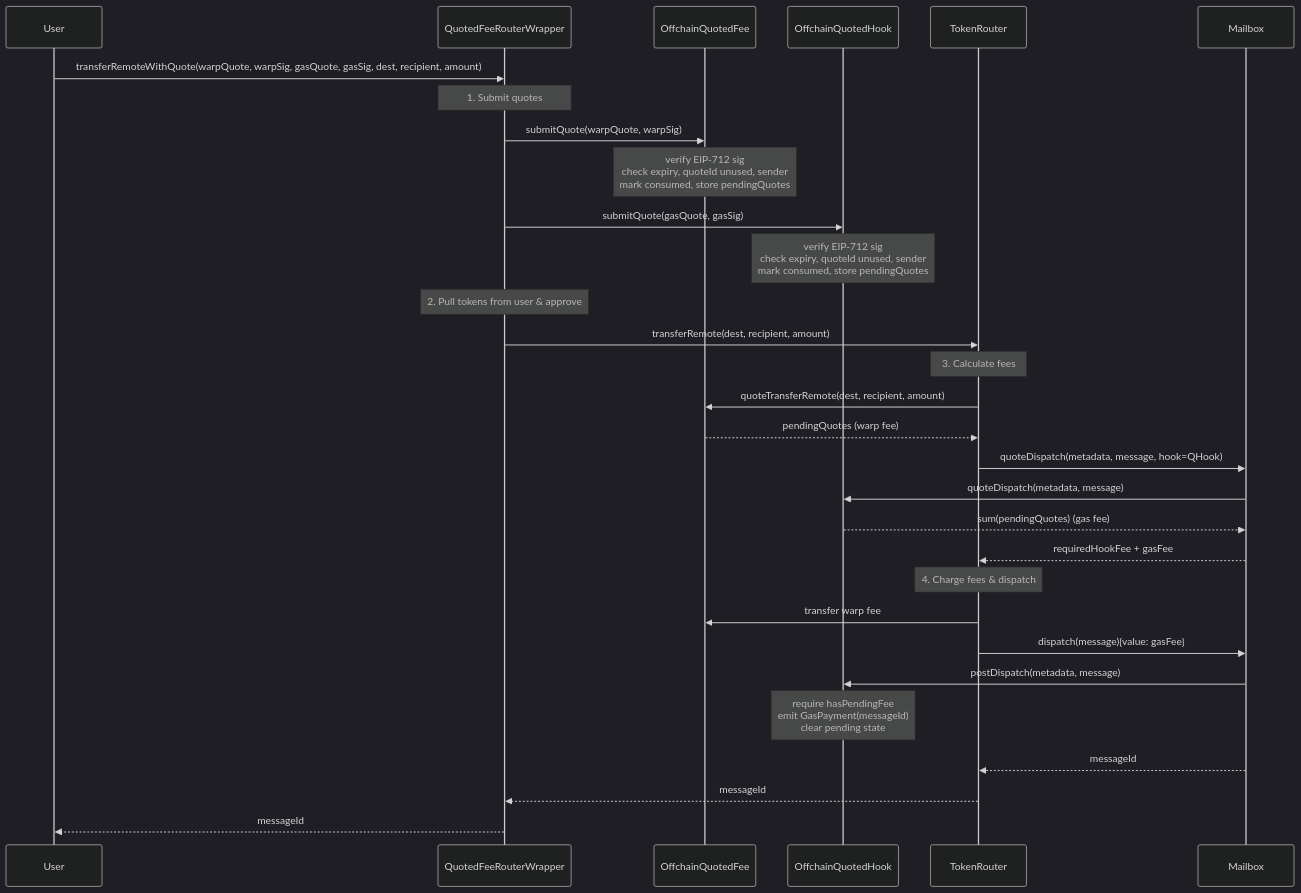
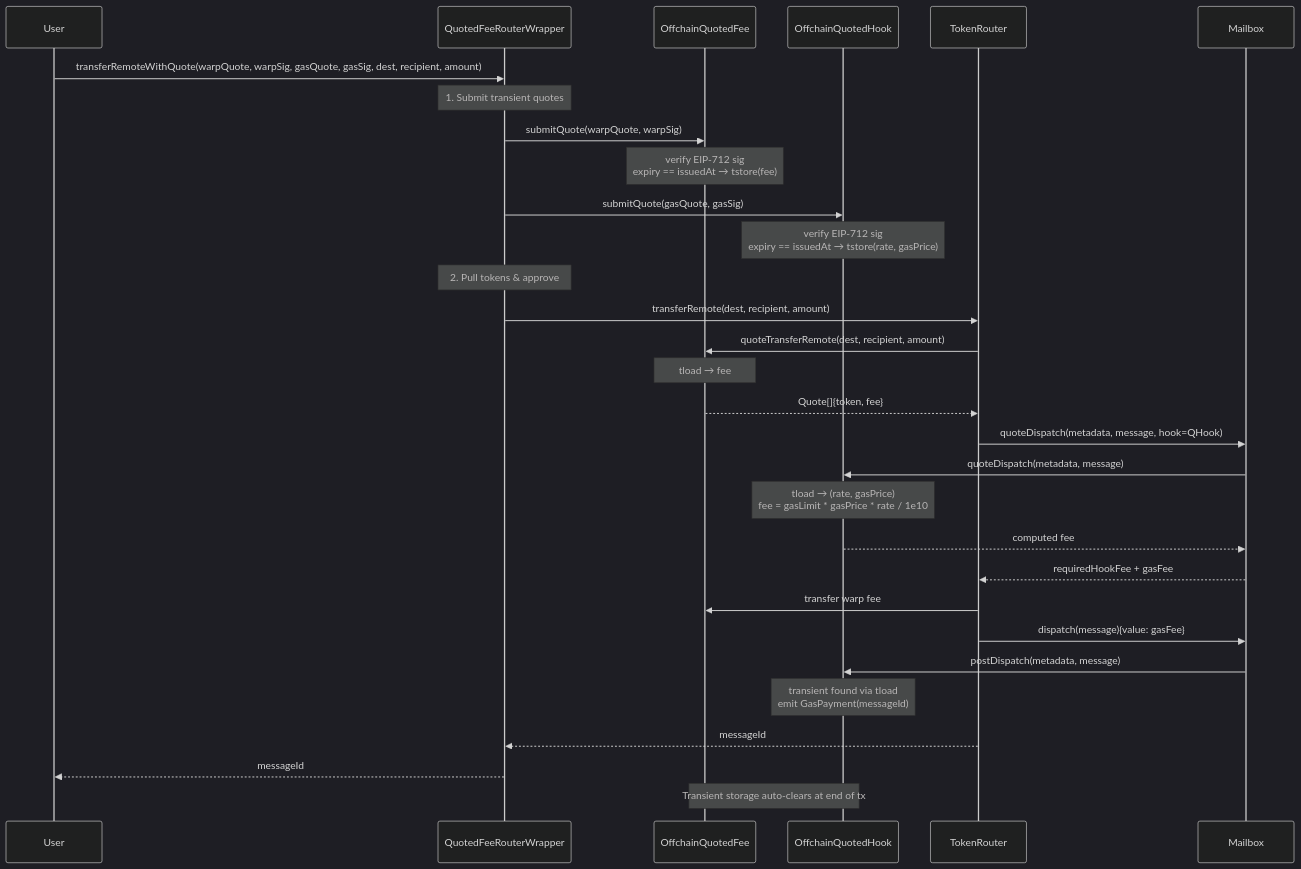
One commit to fujijin/hyperlane-monorepo changed the second of 4 diagrams in docs/offchain-fee-quoting.md. Above: the diagram before and after it, drawn with Mermaid (dark theme). The commit also changed other lines of this file, not shown here.

First line of the commit message:
docs: major revision of offchain fee quoting proposal

````diff
--- a/docs/offchain-fee-quoting.md
+++ b/docs/offchain-fee-quoting.md
@@ -242,44 +432,43 @@
 ```mermaid
 sequenceDiagram
     participant User
     participant Wrapper as QuotedFeeRouterWrapper
     participant QFee as OffchainQuotedFee
     participant QHook as OffchainQuotedHook
     participant WarpRoute as TokenRouter
     participant Mailbox
 
     User->>Wrapper: transferRemoteWithQuote(warpQuote, warpSig, gasQuote, gasSig, dest, recipient, amount)
 
-    Note over Wrapper: 1. Submit quotes
+    Note over Wrapper: 1. Submit transient quotes
 
     Wrapper->>QFee: submitQuote(warpQuote, warpSig)
-    Note over QFee: verify EIP-712 sig<br/>check expiry, quoteId unused, sender<br/>mark consumed, store pendingQuotes
+    Note over QFee: verify EIP-712 sig<br/>expiry == issuedAt → tstore(fee)
 
     Wrapper->>QHook: submitQuote(gasQuote, gasSig)
-    Note over QHook: verify EIP-712 sig<br/>check expiry, quoteId unused, sender<br/>mark consumed, store pendingQuotes
+    Note over QHook: verify EIP-712 sig<br/>expiry == issuedAt → tstore(rate, gasPrice)
 
-    Note over Wrapper: 2. Pull tokens from user & approve
+    Note over Wrapper: 2. Pull tokens & approve
 
     Wrapper->>WarpRoute: transferRemote(dest, recipient, amount)
 
-    Note over WarpRoute: 3. Calculate fees
-
     WarpRoute->>QFee: quoteTransferRemote(dest, recipient, amount)
-    QFee-->>WarpRoute: pendingQuotes (warp fee)
+    Note over QFee: tload → fee
+    QFee-->>WarpRoute: Quote[]{token, fee}
 
     WarpRoute->>Mailbox: quoteDispatch(metadata, message, hook=QHook)
     Mailbox->>QHook: quoteDispatch(metadata, message)
-    QHook-->>Mailbox: sum(pendingQuotes) (gas fee)
+    Note over QHook: tload → (rate, gasPrice)<br/>fee = gasLimit * gasPrice * rate / 1e10
+    QHook-->>Mailbox: computed fee
     Mailbox-->>WarpRoute: requiredHookFee + gasFee
-
-    Note over WarpRoute: 4. Charge fees & dispatch
 
     WarpRoute->>QFee: transfer warp fee
     WarpRoute->>Mailbox: dispatch(message){value: gasFee}
     Mailbox->>QHook: postDispatch(metadata, message)
-    Note over QHook: require hasPendingFee<br/>emit GasPayment(messageId)<br/>clear pending state
-    Mailbox-->>WarpRoute: messageId
+    Note over QHook: transient found via tload<br/>emit GasPayment(messageId)
 
     WarpRoute-->>Wrapper: messageId
     Wrapper-->>User: messageId
+
+    Note over QFee,QHook: Transient storage auto-clears at end of tx
 ```
````
